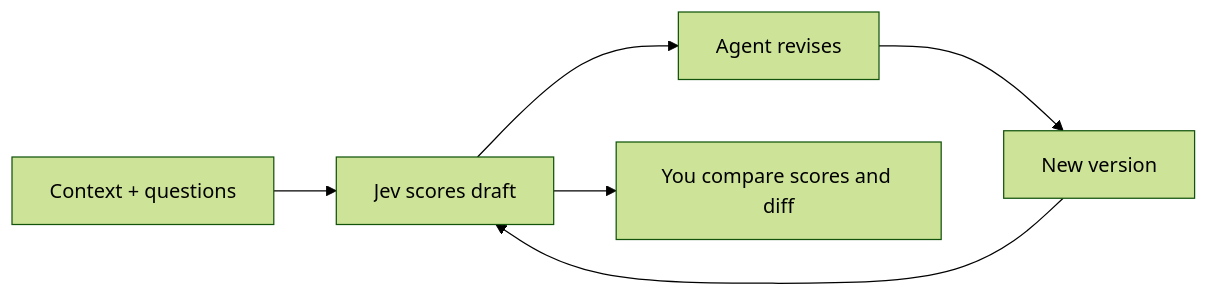
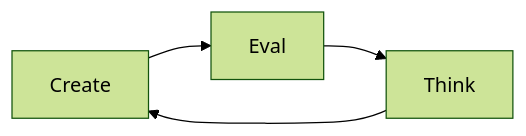
The diagram in README.md (a-Fig/jev-score), drawn with Mermaid (forest theme) before and after one commit. The commit also changed other lines of this file, not shown here.

First line of the commit message:
Rewrite README around the agent loop and real evidence

````diff
--- a/README.md
+++ b/README.md
@@ -44,8 +106,6 @@
 ```mermaid
 flowchart LR
-    A[Context + questions] --> B[Jev scores draft]
-    B --> C[Agent revises]
-    C --> D[New version]
-    D --> B
-    B --> E[You compare scores and diff]
+    A[Create] --> B[Eval]
+    B --> C[Think]
+    C --> A
 ```
````
